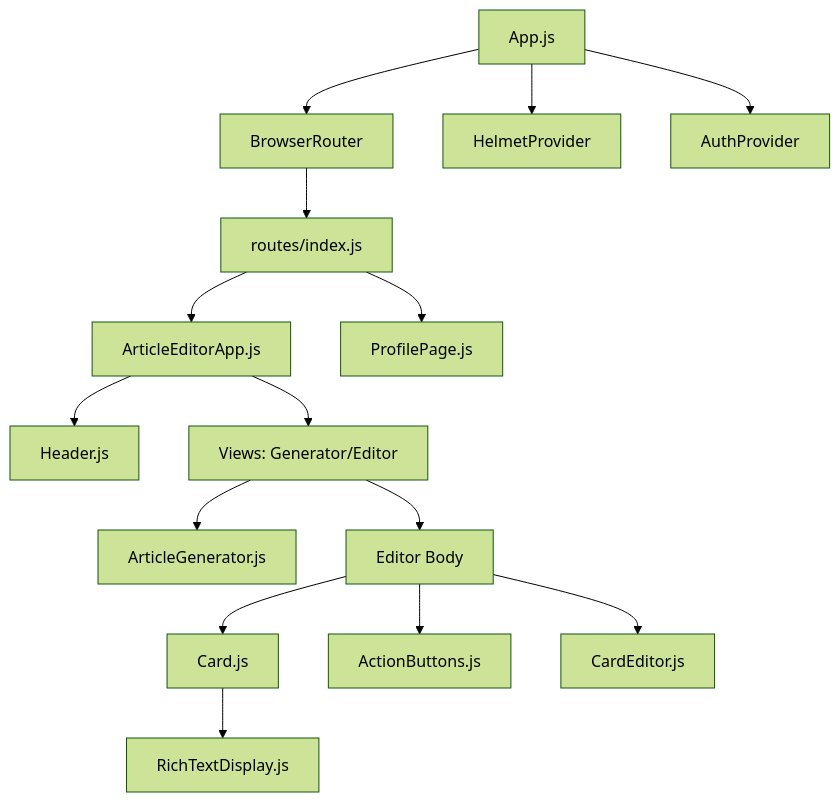
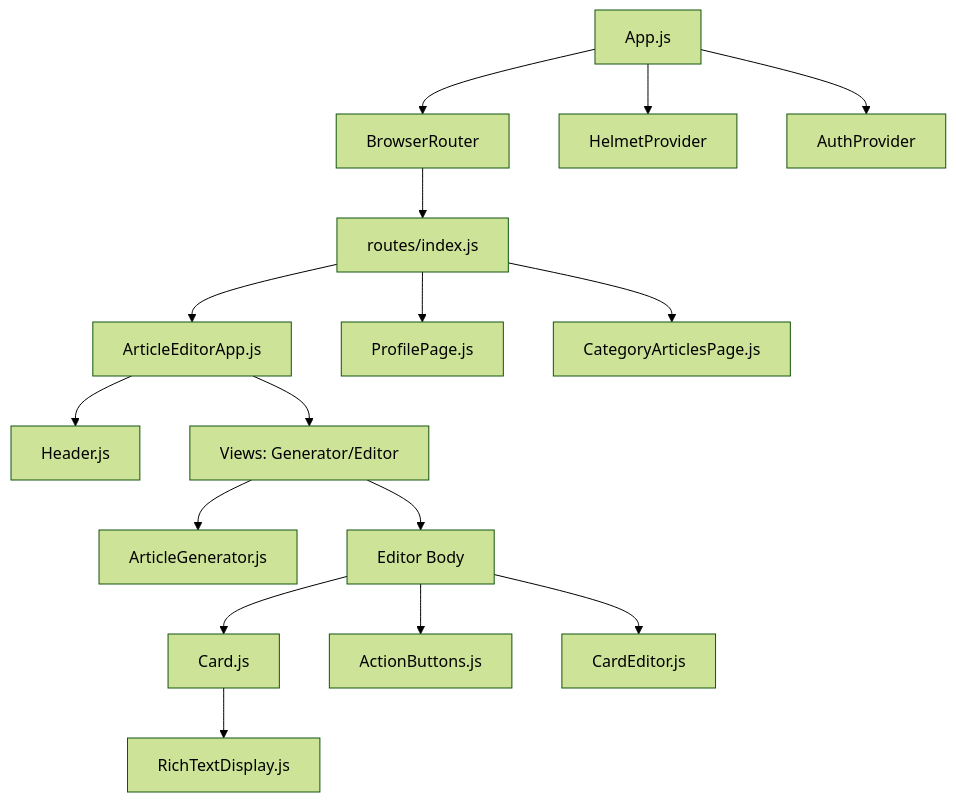
The second of 13 diagrams in .qoder/repowiki/en/content/Frontend Architecture/Component Tree.md (xd-art/Briefer-v02), drawn with Mermaid (forest theme) before and after one commit. The commit also changed other lines of this file and 65 other files, not shown here.

````diff
--- a/.qoder/repowiki/en/content/Frontend Architecture/Component Tree.md
+++ b/.qoder/repowiki/en/content/Frontend Architecture/Component Tree.md
@@ -118,17 +133,18 @@
 ```mermaid
 graph TB
 App["App.js"] --> Router["BrowserRouter"]
 App --> Helmet["HelmetProvider"]
 App --> Auth["AuthProvider"]
 Router --> RoutesComp["routes/index.js"]
 RoutesComp --> Editor["ArticleEditorApp.js"]
 RoutesComp --> Profile["ProfilePage.js"]
+RoutesComp --> Categories["CategoryArticlesPage.js"]
 Editor --> Header["Header.js"]
 Editor --> Views["Views: Generator/Editor"]
 Views --> Gen["ArticleGenerator.js"]
 Views --> EditorBody["Editor Body"]
 EditorBody --> Cards["Card.js"]
 Cards --> Rich["RichTextDisplay.js"]
 EditorBody --> Actions["ActionButtons.js"]
 EditorBody --> EditorModal["CardEditor.js"]
 ```
````
